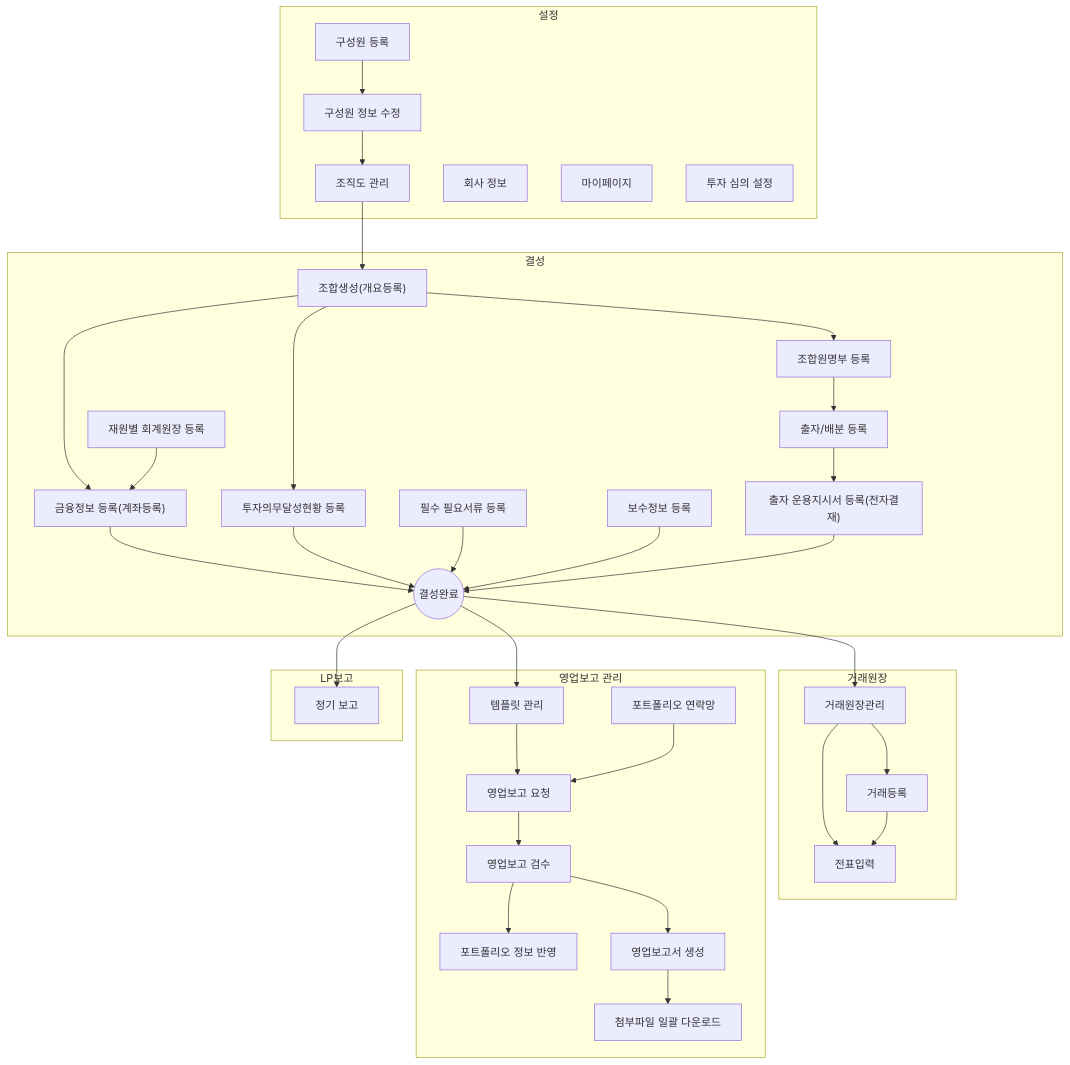
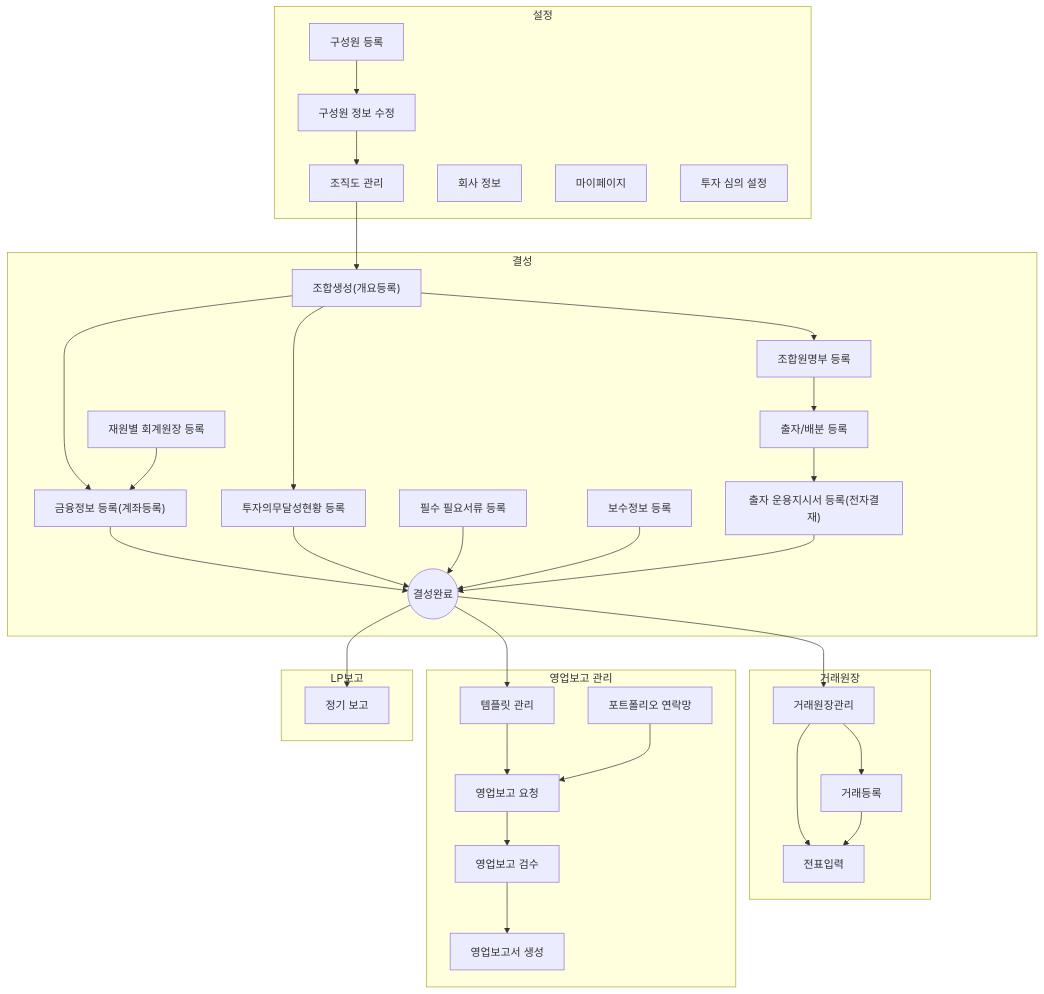
Before and after one commit to ddock-ddock/ddock-ddock.github.io: the diagram in _tabs/manager-start.md, drawn with Mermaid. The commit also changed other lines of this file and 36 other files, not shown here.

```diff
--- a/_tabs/manager-start.md
+++ b/_tabs/manager-start.md
@@ -123,9 +123,7 @@
         br0012["포트폴리오 연락망"]
         br0004["영업보고 요청"]
         br0007["영업보고 검수"]
-        br0007a["포트폴리오 정보 반영"]
         br0011["영업보고서 생성"]
-        br0011a["첨부파일 일괄 다운로드"]
   end
  subgraph s5["LP보고"]
         lc0101["정기 보고"]
@@ -151,8 +149,6 @@
     br0012 --> br0004
     br0004 --> br0007
     br0007 --> br0011
-    br0007 --> br0007a
-    br0011 --> br0011a
 
     click hr0001 "{% post_url 2024-07-02-hr0001 %}"
     click hr0002 "{% post_url 2024-07-02-hr0002 %}"
@@ -160,8 +156,6 @@
     click se0051 "{% post_url 2026-04-21-se0051 %}"
     click my0001 "{% post_url 2026-04-21-my0001 %}"
     click vs_settings "{% post_url 2026-04-21-vs-settings %}"
-    click br0007a "{% post_url 2026-04-21-br0007a %}"
-    click br0011a "{% post_url 2026-04-21-br0011a %}"
     click fd0001 "{% post_url 2024-07-04-fd0001 %}"
     click fd0010 "{% post_url 2024-07-04-fd0010 %}"
     click fd0011 "{% post_url 2024-07-04-fd0011 %}"
```
